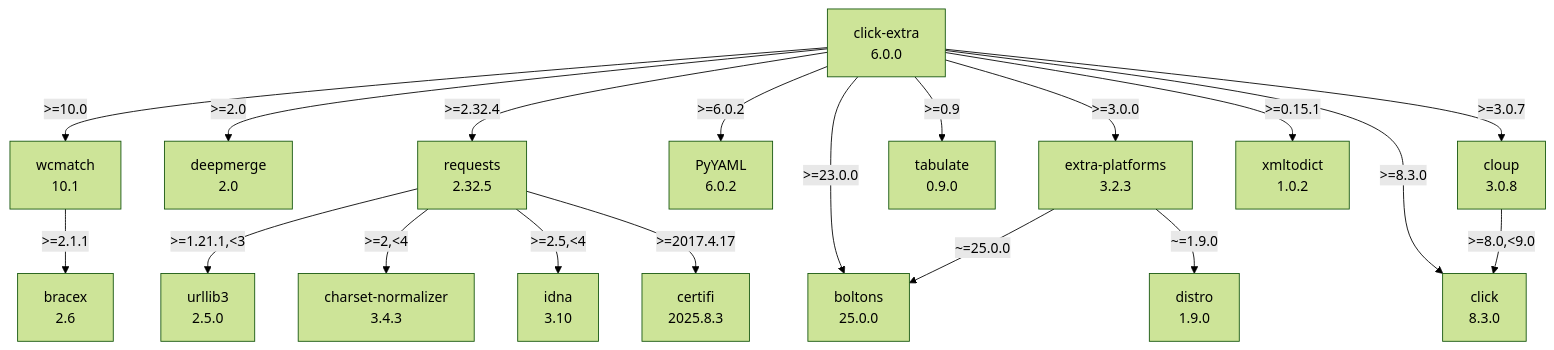
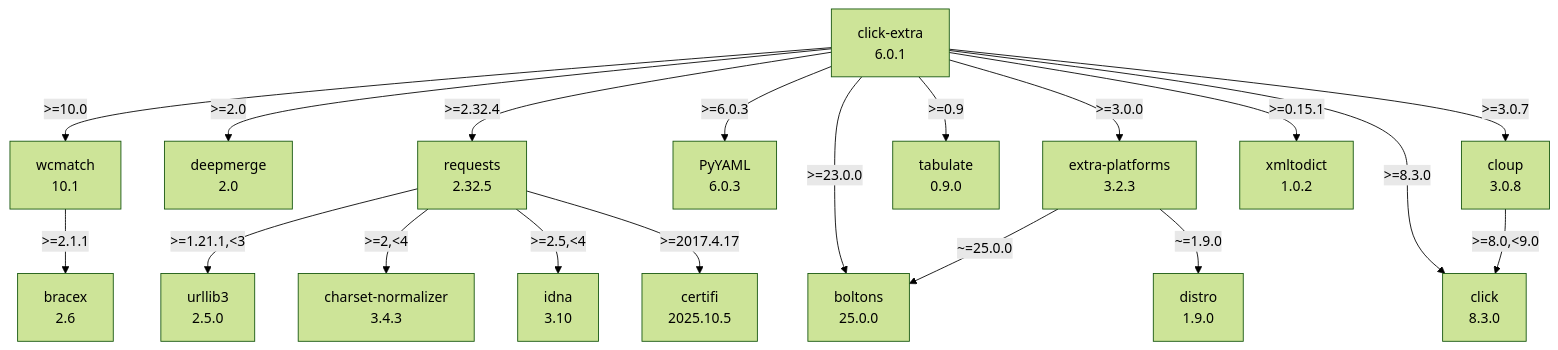
Before and after one commit to kdeldycke/click-extra: the diagram in docs/assets/dependencies.mmd, drawn with Mermaid (forest theme).

Commit message:
[autofix] Regenerate dependency graph

```diff
--- a/docs/assets/dependencies.mmd
+++ b/docs/assets/dependencies.mmd
@@ -1,37 +1,37 @@
 flowchart TD
     classDef missing stroke-dasharray: 5
     boltons["boltons\n25.0.0"]
     bracex["bracex\n2.6"]
-    certifi["certifi\n2025.8.3"]
+    certifi["certifi\n2025.10.5"]
     charset-normalizer["charset-normalizer\n3.4.3"]
-    click-extra["click-extra\n6.0.0"]
+    click-extra["click-extra\n6.0.1"]
     click_0["click\n8.3.0"]
     cloup["cloup\n3.0.8"]
     deepmerge["deepmerge\n2.0"]
     distro["distro\n1.9.0"]
     extra-platforms["extra-platforms\n3.2.3"]
     idna["idna\n3.10"]
-    pyyaml["PyYAML\n6.0.2"]
+    pyyaml["PyYAML\n6.0.3"]
     requests["requests\n2.32.5"]
     tabulate["tabulate\n0.9.0"]
     urllib3["urllib3\n2.5.0"]
     wcmatch["wcmatch\n10.1"]
     xmltodict["xmltodict\n1.0.2"]
     click-extra -- ">=0.15.1" --> xmltodict
     click-extra -- ">=0.9" --> tabulate
     click-extra -- ">=10.0" --> wcmatch
     click-extra -- ">=2.0" --> deepmerge
     click-extra -- ">=2.32.4" --> requests
     click-extra -- ">=23.0.0" --> boltons
     click-extra -- ">=3.0.0" --> extra-platforms
     click-extra -- ">=3.0.7" --> cloup
-    click-extra -- ">=6.0.2" --> pyyaml
+    click-extra -- ">=6.0.3" --> pyyaml
     click-extra -- ">=8.3.0" --> click_0
     cloup -- ">=8.0,<9.0" --> click_0
     extra-platforms -- "~=1.9.0" --> distro
     extra-platforms -- "~=25.0.0" --> boltons
     requests -- ">=1.21.1,<3" --> urllib3
     requests -- ">=2,<4" --> charset-normalizer
     requests -- ">=2.5,<4" --> idna
     requests -- ">=2017.4.17" --> certifi
     wcmatch -- ">=2.1.1" --> bracex
```
